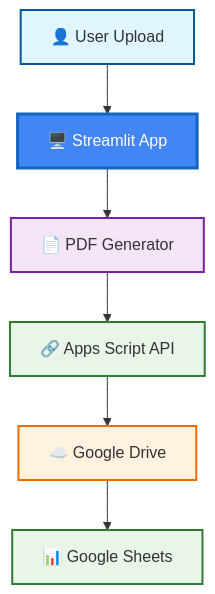
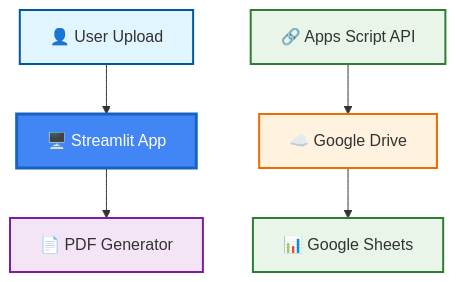
Before and after one commit to Felipe-Aranda-INV/Google-Chiron.SxS_PDF_Generator: the first of 2 diagrams in README.md, drawn with Mermaid.

````diff
--- a/README.md
+++ b/README.md
@@ -11,13 +11,13 @@
 ```mermaid
 graph TD
     A[👤 User Upload] --> B[🖥️ Streamlit App]
     B --> C[📄 PDF Generator]
-    C --> D[🔗 Apps Script API] --> E[☁️ Google Drive] --> F[📊 Google Sheets]
+    D[🔗 Apps Script API] --> E[☁️ Google Drive] --> F[📊 Google Sheets]
     
     style A fill:#e1f5fe,stroke:#01579b,stroke-width:2px
     style B fill:#4285f4,color:#fff,stroke:#1565c0,stroke-width:3px
     style C fill:#f3e5f5,stroke:#7b1fa2,stroke-width:2px
     style D fill:#e8f5e8,stroke:#2e7d32,stroke-width:2px
     style E fill:#fff3e0,stroke:#ef6c00,stroke-width:2px
     style F fill:#e8f5e8,stroke:#2e7d32,stroke-width:2px
 ```
````
